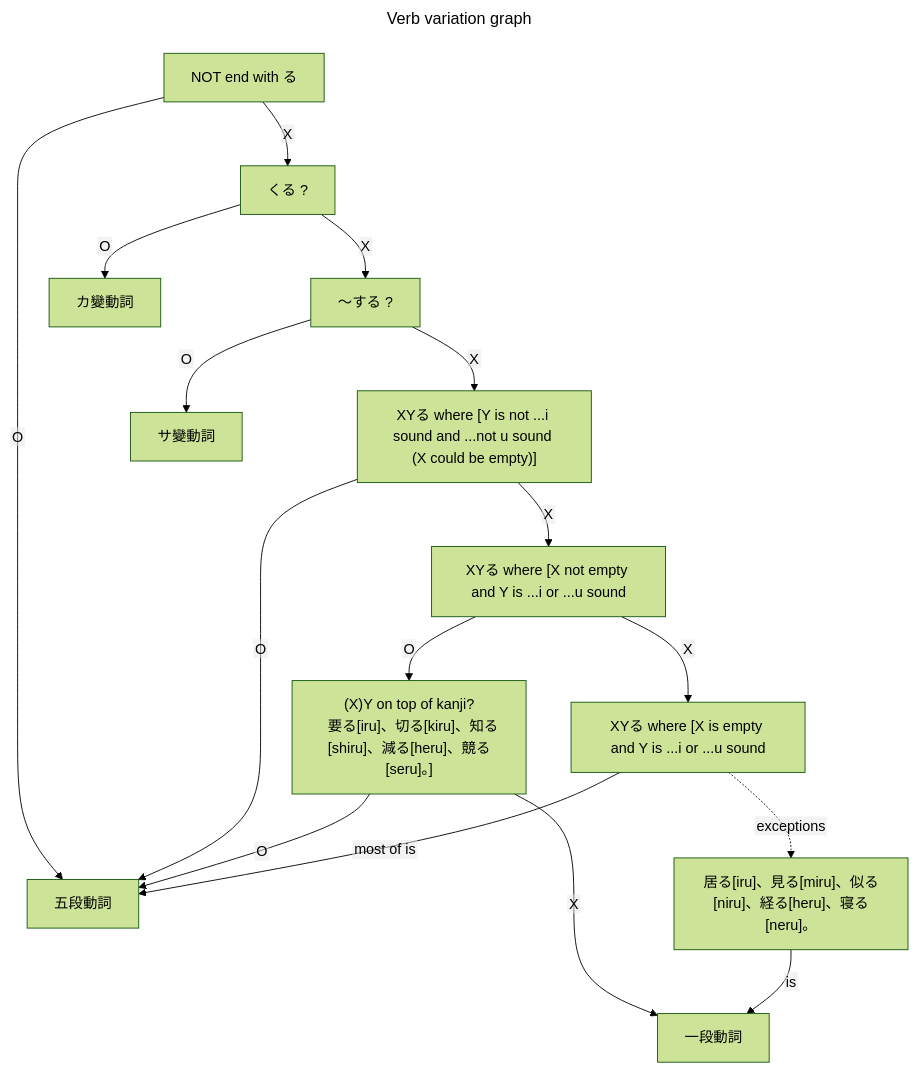
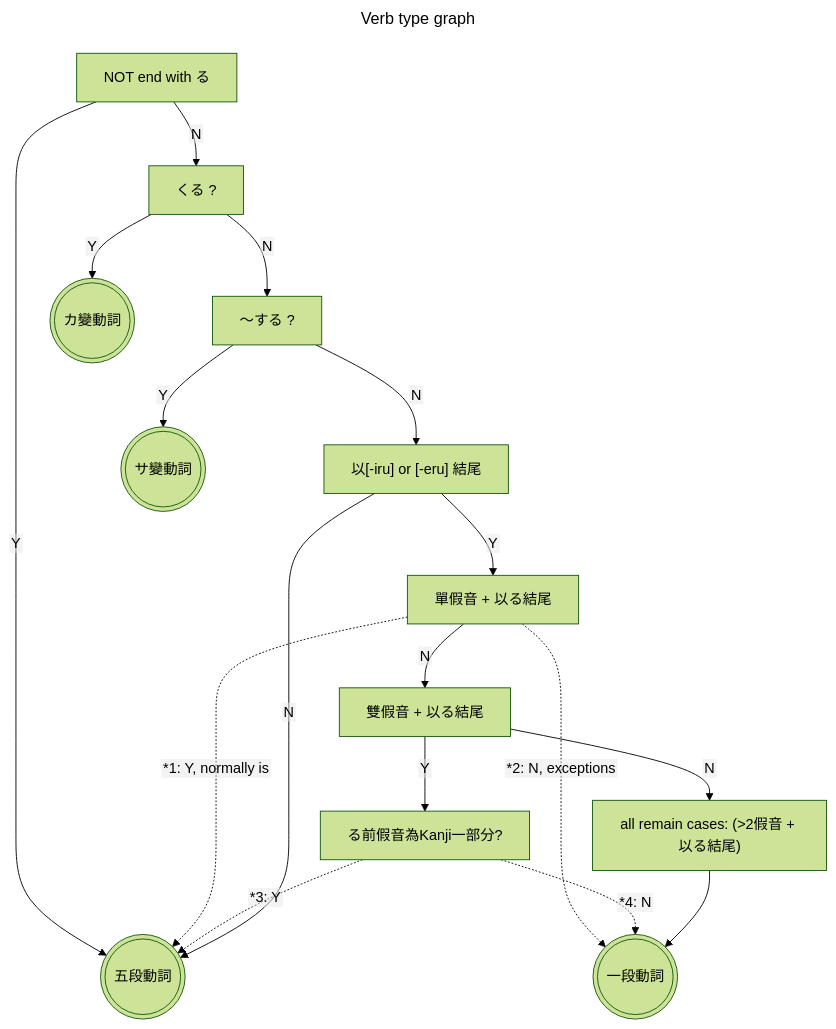
One commit to orbuluh/japanese changed the diagram in grammar/verb_types.md. Above: the diagram before and after it, drawn with Mermaid (forest theme). The commit also changed other lines of this file, not shown here.

Commit message:
update verb type graph

````diff
--- a/grammar/verb_types.md
+++ b/grammar/verb_types.md
@@ -16,38 +27,39 @@
 ```mermaid
 ---
-title: Verb variation graph
+title: Verb type graph
 ---
 
 %%{init: {"flowchart": {"htmlLabels": false}} }%%
 flowchart TD
   n1["NOT end with る"]
   n2["くる ?"]
   n3["～する ?"]
-  n4["XYる where [Y is not ...i sound and ...not u sound (X could be empty)]"]
-  n5["XYる where [X not empty and Y is ...i or ...u sound"]
-  n6["XYる where [X is empty and Y is ...i or ...u sound"]
-  n7["(X)Y on top of kanji?
-  要る[iru]、切る[kiru]、知る[shiru]、減る[heru]、競る[seru]。]"]
-  ka["カ變動詞"]
-  sa["サ變動詞"]
-  one["一段動詞"]
-  five["五段動詞"]
-  special["居る[iru]、見る[miru]、似る[niru]、経る[heru]、寝る[neru]。"]
+  n8["以[-iru] or [-eru] 結尾"]
+  n4["單假音 + 以る結尾"]
+  n5["雙假音 + 以る結尾"]
+  n6["る前假音為Kanji一部分?"]
+  n7["all remain cases: (>2假音 + 以る結尾)"]
+
+  ka((("カ變動詞")))
+  sa((("サ變動詞")))
+  one((("一段動詞")))
+  five((("五段動詞")))
 
 
-  n1 -- O --> five
-  n1 -- X --> n2
-  n2 -- O --> ka
-  n2 -- X --> n3
-  n3 -- O --> sa
-  n3 -- X --> n4
-  n4 -- O --> five
-  n4 -- X --> n5
-  n5 -- O --> n7
-  n7 -- X --> one
-  n7 -- O --> five
-  n5 -- X --> n6
-  n6 -- most of is --> five
-  n6 -. exceptions .-> special -- is --> one
-
+  n1 -- Y --> five
+  n1 -- N --> n2
+  n2 -- Y --> ka
+  n2 -- N --> n3
+  n3 -- Y --> sa
+  n3 -- N --> n8
+  n8 -- Y --> n4
+  n4 -. *1: Y, normally is .-> five
+  n4 -. *2: N, exceptions .-> one
+  n4 -- N --> n5
+  n5 -- N --> n7
+  n5 -- Y --> n6
+  n6 -. *3: Y .-> five
+  n6 -. *4: N .-> one
+  n7 --> one
+  n8 -- N --> five
 ```
````
